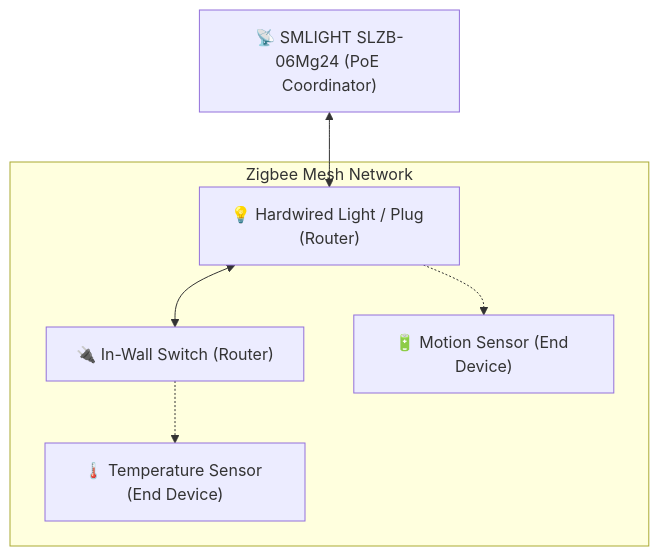
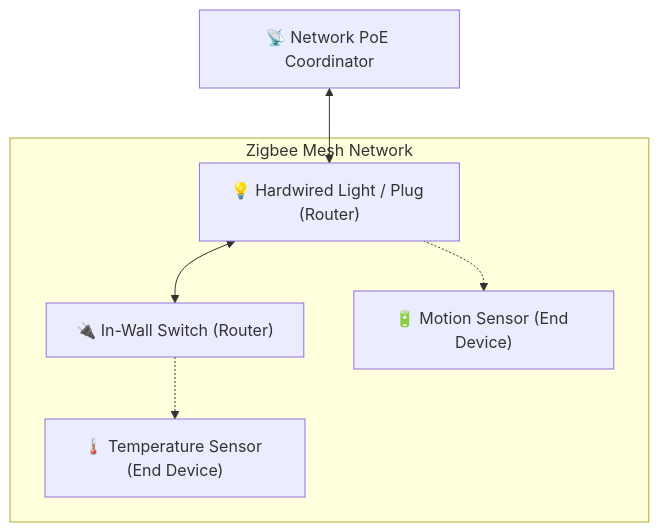
Before and after one commit to stephenwong/claude-homeassistant: the second of 4 diagrams in docs/wiki/Integrations-and-Runbooks.md, drawn with Mermaid. The commit also changed other lines of this file and 3 other files, not shown here.

First line of the commit message:
docs: remove specific hardware models and generalize architecture

````diff
--- a/docs/wiki/Integrations-and-Runbooks.md
+++ b/docs/wiki/Integrations-and-Runbooks.md
@@ -60,15 +60,15 @@
 ```mermaid
 flowchart TD
-    Coord["📡 SMLIGHT SLZB-06Mg24 (PoE Coordinator)"]
+    Coord["📡 Network PoE Coordinator"]
     
     subgraph Mesh["Zigbee Mesh Network"]
         Router1["💡 Hardwired Light / Plug (Router)"]
         Router2["🔌 In-Wall Switch (Router)"]
         End1["🔋 Motion Sensor (End Device)"]
         End2["🌡️ Temperature Sensor (End Device)"]
     end
 
     Coord <--> Router1 <--> Router2
     Router1 -.-> End1
     Router2 -.-> End2
 ```
````
